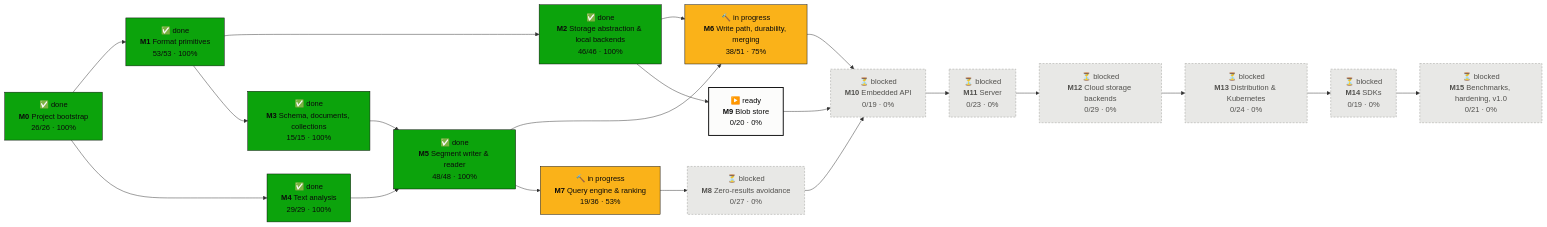
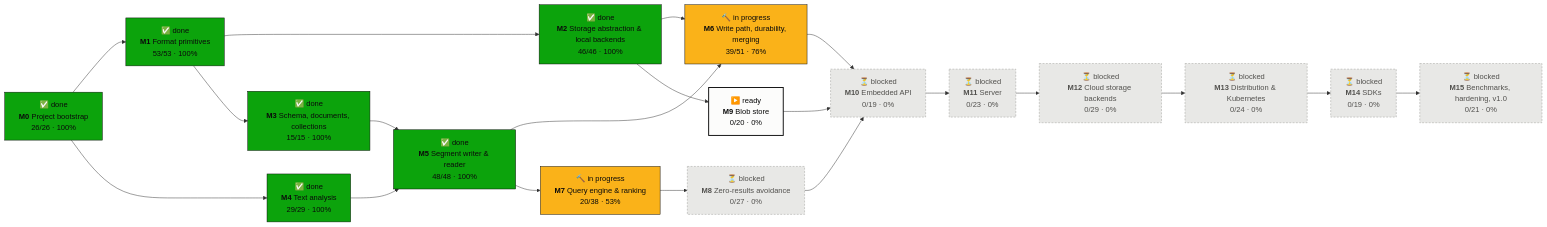
The first of 2 diagrams in PROGRESS.md (tomiok/persiaDB), drawn with Mermaid before and after one commit. The commit also changed other lines of this file and 25 other files, not shown here.

First line of the commit message:
Search view term enumeration and columns; bool filters (ROADMAP 6.1.5, 7.4.5) (#54)

````diff
--- a/PROGRESS.md
+++ b/PROGRESS.md
@@ -16,42 +16,42 @@
 ```mermaid
 flowchart LR
   M0["✅ done<br/><b>M0</b> Project bootstrap<br/>26/26 · 100%"]:::done
   M1["✅ done<br/><b>M1</b> Format primitives<br/>53/53 · 100%"]:::done
   M2["✅ done<br/><b>M2</b> Storage abstraction & local backends<br/>46/46 · 100%"]:::done
   M3["✅ done<br/><b>M3</b> Schema, documents, collections<br/>15/15 · 100%"]:::done
   M4["✅ done<br/><b>M4</b> Text analysis<br/>29/29 · 100%"]:::done
   M5["✅ done<br/><b>M5</b> Segment writer & reader<br/>48/48 · 100%"]:::done
-  M6["🔨 in progress<br/><b>M6</b> Write path, durability, merging<br/>38/51 · 75%"]:::doing
-  M7["🔨 in progress<br/><b>M7</b> Query engine & ranking<br/>19/36 · 53%"]:::doing
+  M6["🔨 in progress<br/><b>M6</b> Write path, durability, merging<br/>39/51 · 76%"]:::doing
+  M7["🔨 in progress<br/><b>M7</b> Query engine & ranking<br/>20/38 · 53%"]:::doing
   M8["⏳ blocked<br/><b>M8</b> Zero-results avoidance<br/>0/27 · 0%"]:::blocked
   M9["▶️ ready<br/><b>M9</b> Blob store<br/>0/20 · 0%"]:::ready
   M10["⏳ blocked<br/><b>M10</b> Embedded API<br/>0/19 · 0%"]:::blocked
   M11["⏳ blocked<br/><b>M11</b> Server<br/>0/23 · 0%"]:::blocked
   M12["⏳ blocked<br/><b>M12</b> Cloud storage backends<br/>0/29 · 0%"]:::blocked
   M13["⏳ blocked<br/><b>M13</b> Distribution & Kubernetes<br/>0/24 · 0%"]:::blocked
   M14["⏳ blocked<br/><b>M14</b> SDKs<br/>0/19 · 0%"]:::blocked
   M15["⏳ blocked<br/><b>M15</b> Benchmarks, hardening, v1.0<br/>0/21 · 0%"]:::blocked
   M0 --> M1
   M1 --> M2
   M1 --> M3
   M0 --> M4
   M3 --> M5
   M4 --> M5
   M2 --> M6
   M5 --> M6
   M5 --> M7
   M7 --> M8
   M2 --> M9
   M6 --> M10
   M8 --> M10
   M9 --> M10
   M10 --> M11
   M11 --> M12
   M12 --> M13
   M13 --> M14
   M14 --> M15
   classDef done fill:#0ca30c,stroke:#0b0b0b,color:#0b0b0b
   classDef doing fill:#fab219,stroke:#0b0b0b,color:#0b0b0b
   classDef ready fill:#fcfcfb,stroke:#0b0b0b,stroke-width:2px,color:#0b0b0b
   classDef blocked fill:#e8e8e6,stroke:#9a9a96,stroke-dasharray:4 3,color:#52514e
 ```
````
